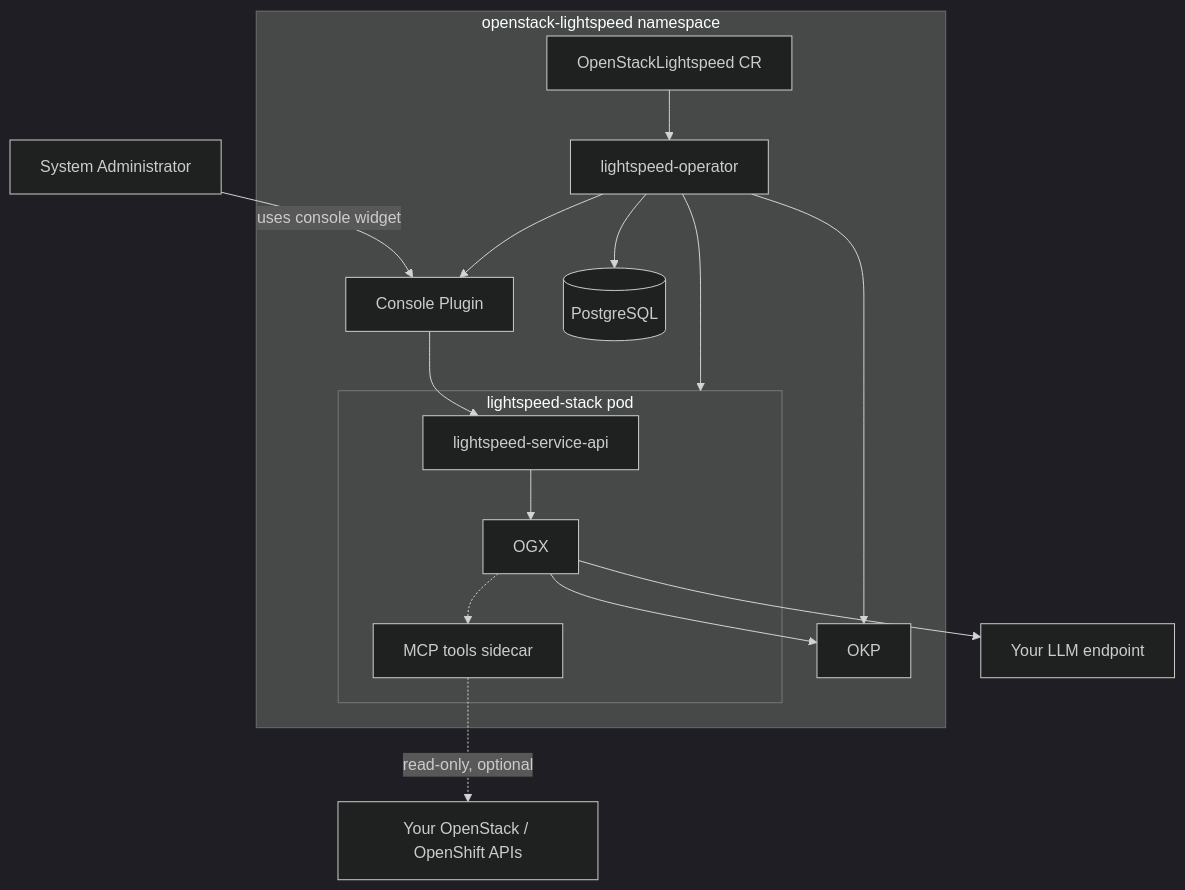
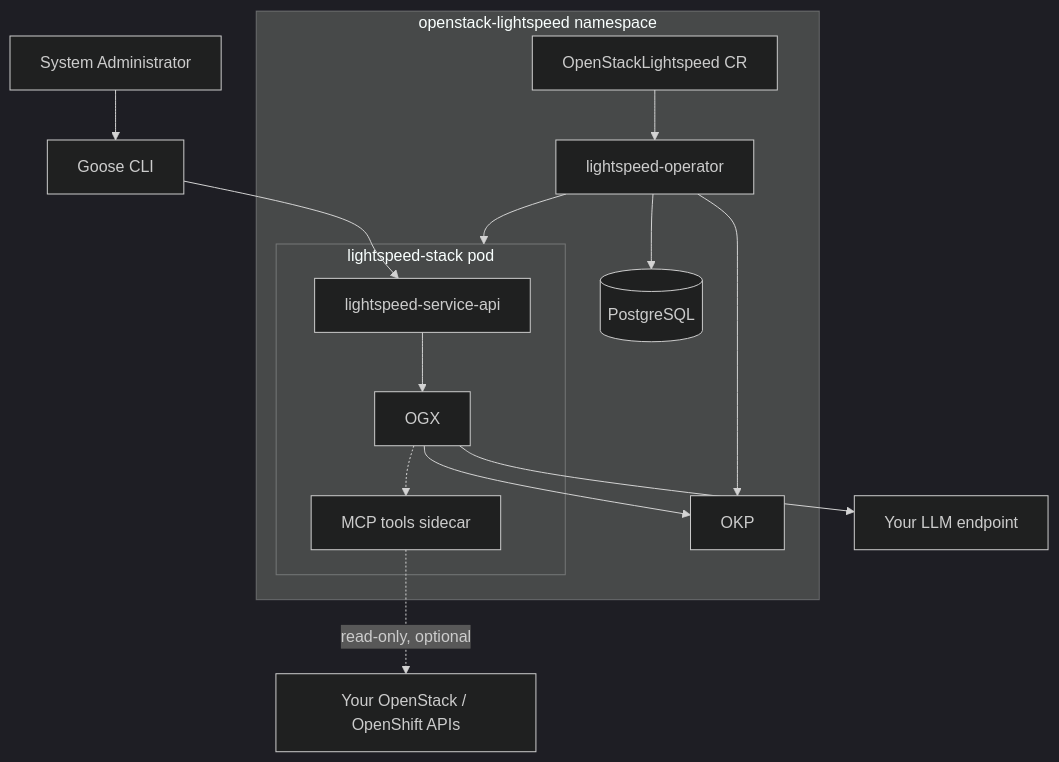
The diagram in docs/development.md (omkarjoshi0304/lightspeed-operator), drawn with Mermaid (dark theme) before and after one commit. The commit also changed other lines of this file and 38 other files, not shown here.

First line of the commit message:
Remove Console plugin for RHOSO 19 Beta

````diff
--- a/docs/development.md
+++ b/docs/development.md
@@ -38,22 +28,21 @@
 ```mermaid
 graph TB
-    User[System Administrator] -->|uses console widget| Plugin
+    User[System Administrator] --> Goose[Goose CLI]
 
     subgraph ns["openstack-lightspeed namespace"]
         CR[OpenStackLightspeed CR] --> Operator[lightspeed-operator]
-        Operator --> Plugin[Console Plugin]
         Operator --> DB[(PostgreSQL)]
         Operator --> OKP[OKP]
         Operator --> Pod
 
         subgraph Pod["lightspeed-stack pod"]
             API[lightspeed-service-api] --> OGX
             OGX -.-> MCP[MCP tools sidecar]
         end
     end
 
-    Plugin --> API
+    Goose --> API
     OGX --> OKP
     OGX --> LLM[Your LLM endpoint]
     MCP -.->|read-only, optional| OSP[Your OpenStack / OpenShift APIs]
 ```
````
